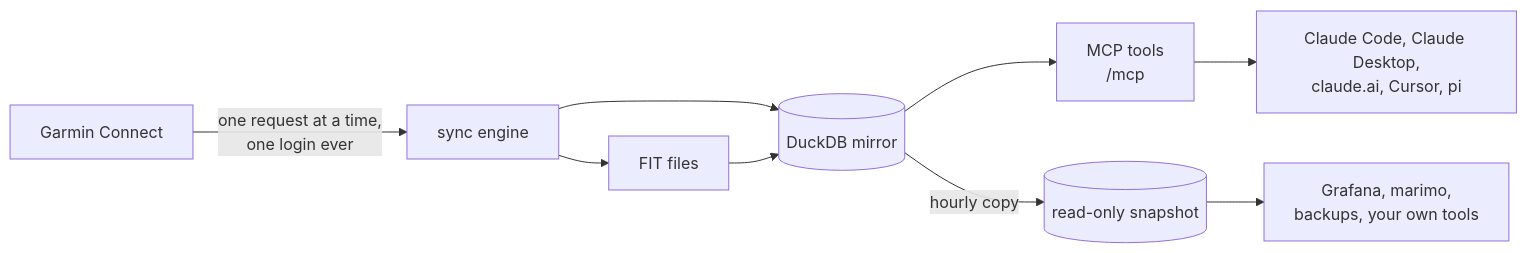
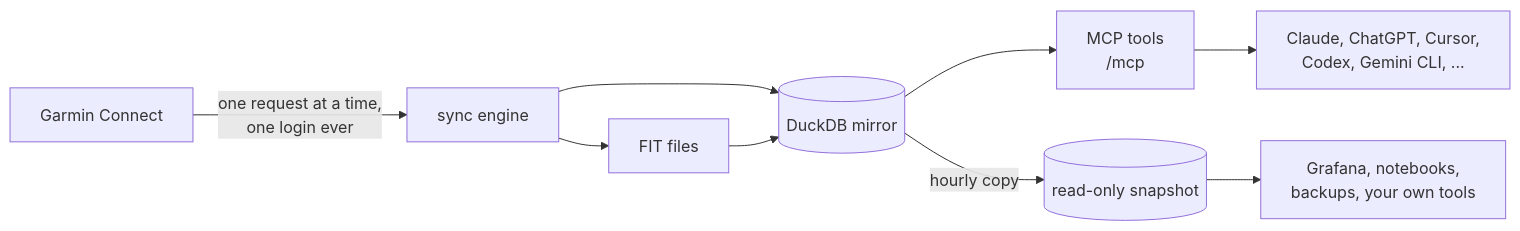
The diagram in README.md (justmytwospence/garmin-mcp), drawn with Mermaid before and after one commit. The commit also changed other lines of this file, not shown here.

````diff
--- a/README.md
+++ b/README.md
@@ -11,10 +16,10 @@
 ```mermaid
 flowchart LR
     G[Garmin Connect] -->|one request at a time,<br/>one login ever| S[sync engine]
     S --> M[(DuckDB mirror)]
     S --> F[FIT files] --> M
     M --> T[MCP tools<br/>/mcp]
     M -->|hourly copy| P[(read-only snapshot)]
-    T --> C[Claude Code, Claude Desktop,<br/>claude.ai, Cursor, pi]
-    P --> X[Grafana, marimo,<br/>backups, your own tools]
+    T --> C[Claude, ChatGPT, Cursor,<br/>Codex, Gemini CLI, ...]
+    P --> X[Grafana, notebooks,<br/>backups, your own tools]
 ```
````
